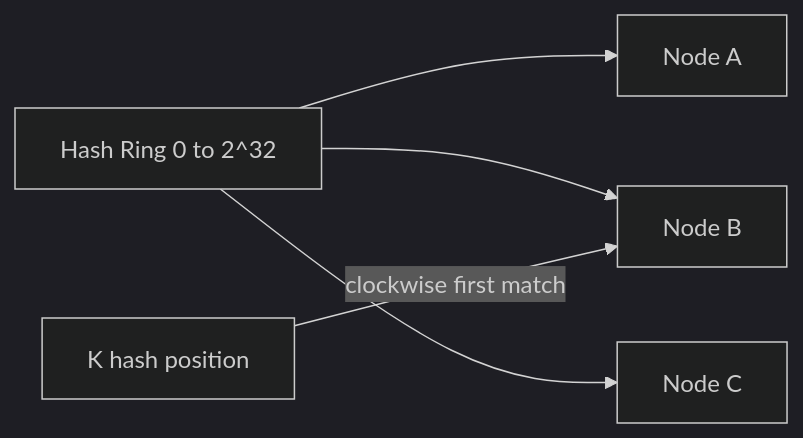
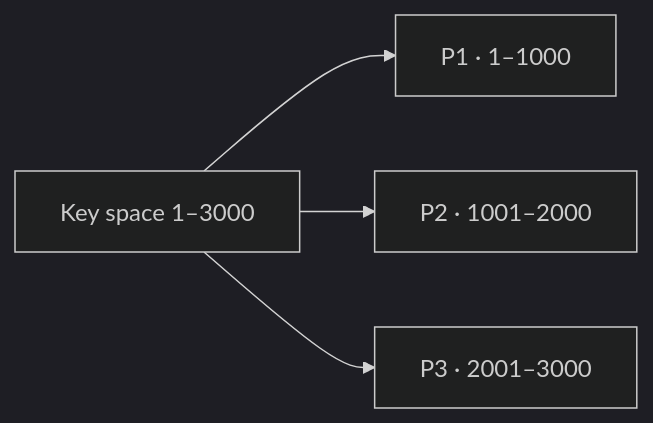
One commit to hareramcse/SystemDesign changed the ninth of 44 diagrams in 05-distributed-databases/README.md. Above: the diagram before and after it, drawn with Mermaid (dark theme). The commit also changed other lines of this file, not shown here.

````diff
--- a/05-distributed-databases/README.md
+++ b/05-distributed-databases/README.md
@@ -840,7 +707,6 @@
 ```mermaid
 flowchart LR
-    Ring[Hash Ring 0 to 2^32] --> N1[Node A]
-    Ring --> N2[Node B]
-    Ring --> N3[Node C]
-    Key[K hash position] -->|clockwise first match| N2
+    K[Key space 1–3000] --> P1[P1 · 1–1000]
+    K --> P2[P2 · 1001–2000]
+    K --> P3[P3 · 2001–3000]
 ```
````
